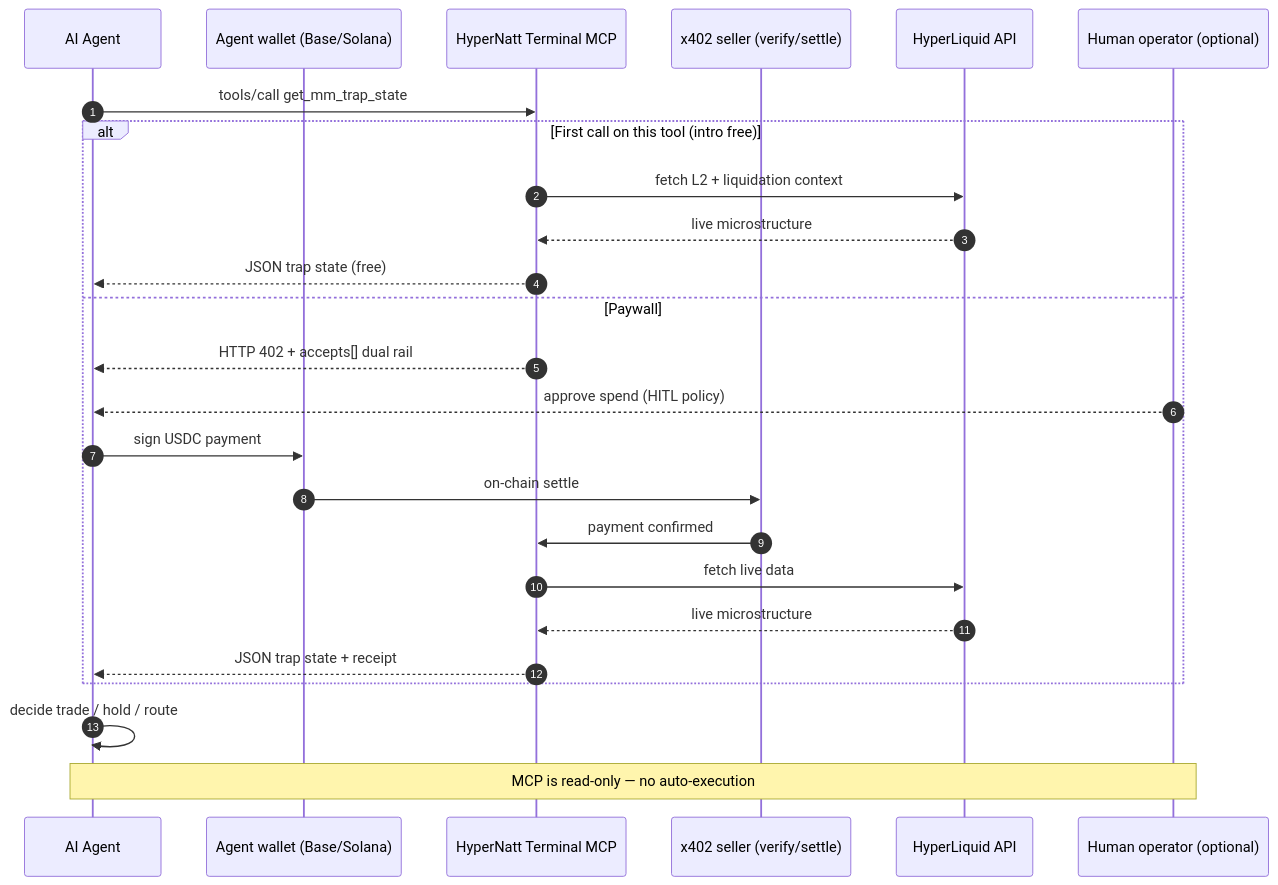
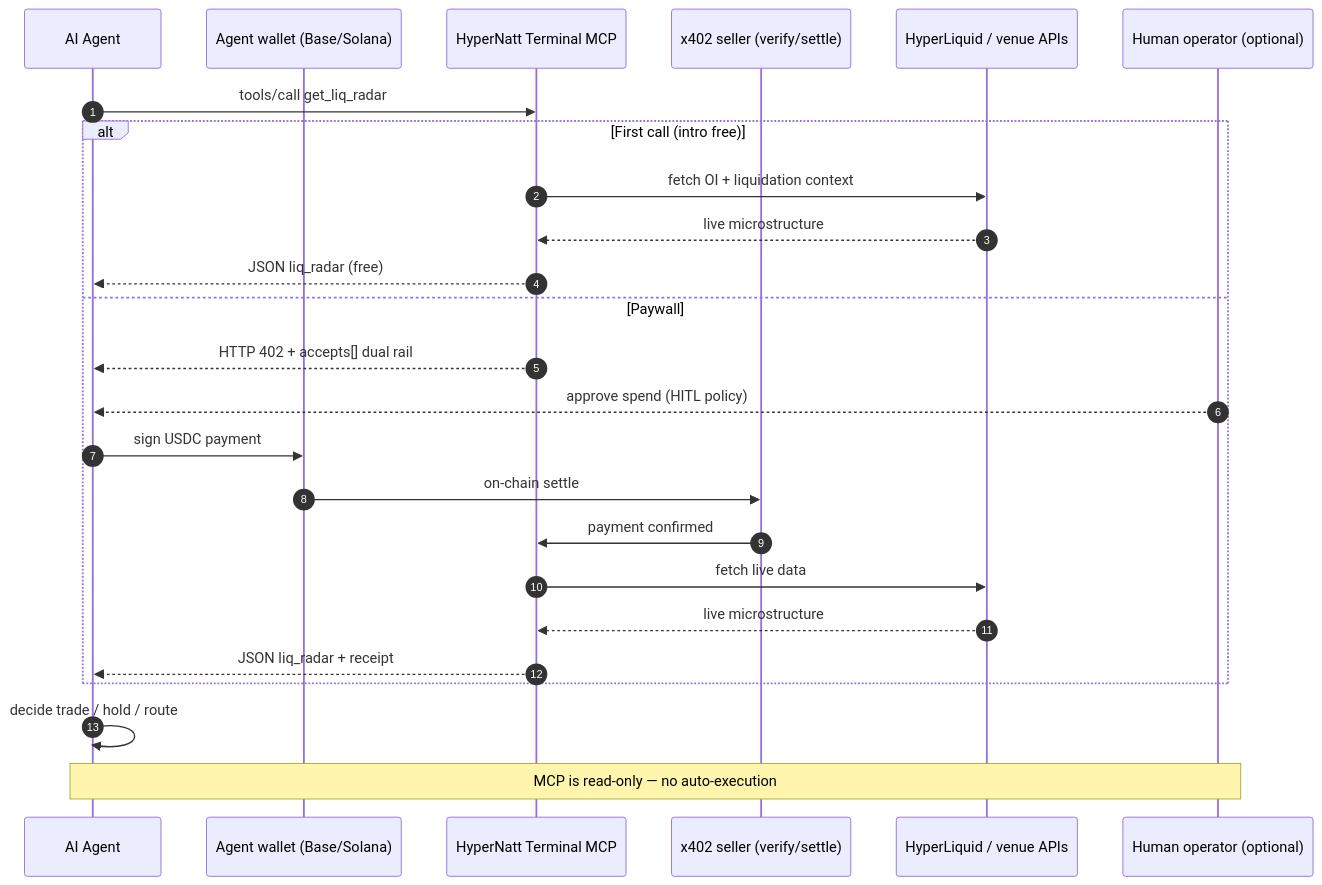
One commit to DIALLOUBERESEARCH/hypernatt-terminal changed the second of 2 diagrams in docs/agentic-workflow-diagram.md. Above: the diagram before and after it, drawn with Mermaid. The commit also changed other lines of this file and 17 other files, not shown here.

````diff
--- a/docs/agentic-workflow-diagram.md
+++ b/docs/agentic-workflow-diagram.md
@@ -102,28 +94,28 @@
 ```mermaid
 sequenceDiagram
   autonumber
   participant Agent as AI Agent
   participant Wallet as Agent wallet (Base/Solana)
   participant MCP as HyperNatt Terminal MCP
   participant X402 as x402 seller (verify/settle)
-  participant HL as HyperLiquid API
+  participant HL as HyperLiquid / venue APIs
   participant Human as Human operator (optional)
 
-  Agent->>MCP: tools/call get_mm_trap_state
-  alt First call on this tool (intro free)
-    MCP->>HL: fetch L2 + liquidation context
+  Agent->>MCP: tools/call get_liq_radar
+  alt First call (intro free)
+    MCP->>HL: fetch OI + liquidation context
     HL-->>MCP: live microstructure
-    MCP-->>Agent: JSON trap state (free)
+    MCP-->>Agent: JSON liq_radar (free)
   else Paywall
     MCP-->>Agent: HTTP 402 + accepts[] dual rail
     Human-->>Agent: approve spend (HITL policy)
     Agent->>Wallet: sign USDC payment
     Wallet->>X402: on-chain settle
     X402->>MCP: payment confirmed
     MCP->>HL: fetch live data
     HL-->>MCP: live microstructure
-    MCP-->>Agent: JSON trap state + receipt
+    MCP-->>Agent: JSON liq_radar + receipt
   end
   Agent->>Agent: decide trade / hold / route
   Note over Agent,Human: MCP is read-only — no auto-execution
 ```
````
